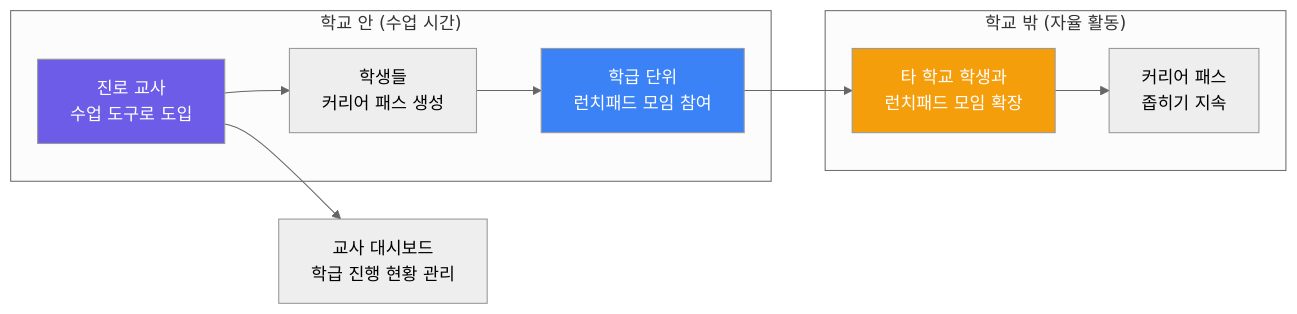
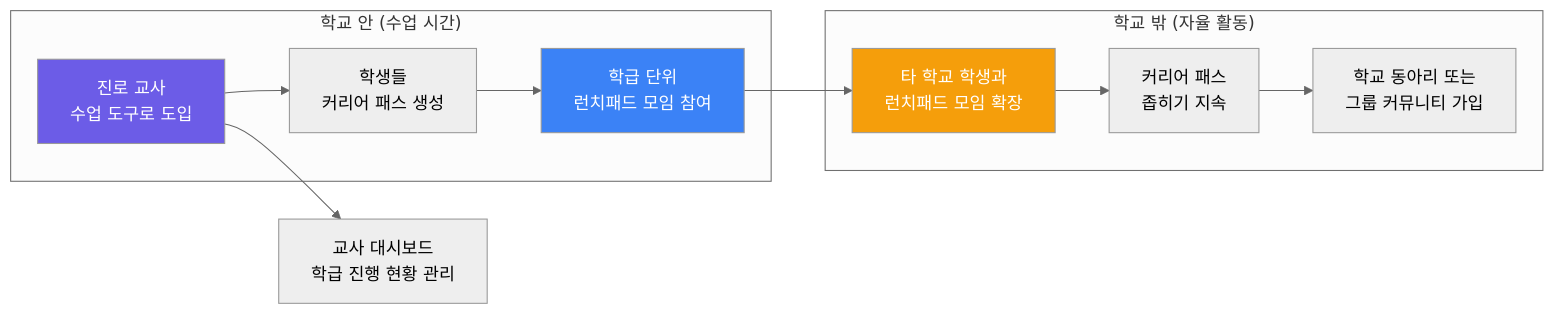
One commit to Collegenie-X/AI-career-path changed the fourth of 7 diagrams in INVESTMENT_PROPOSAL.md. Above: the diagram before and after it, drawn with Mermaid (neutral theme). The commit also changed other lines of this file and 12 other files, not shown here.

````diff
--- a/INVESTMENT_PROPOSAL.md
+++ b/INVESTMENT_PROPOSAL.md
@@ -281,16 +281,17 @@
 ```mermaid
 graph LR
     subgraph "학교 안 (수업 시간)"
         T["진로 교사<br/>수업 도구로 도입"] --> S1["학생들<br/>커리어 패스 생성"]
         S1 --> S2["학급 단위<br/>런치패드 모임 참여"]
     end
     subgraph "학교 밖 (자율 활동)"
         S2 --> S3["타 학교 학생과<br/>런치패드 모임 확장"]
         S3 --> S4["커리어 패스<br/>좁히기 지속"]
+        S4 --> S5["학교 동아리 또는<br/>그룹 커뮤니티 가입"]
     end
     T --> DASH["교사 대시보드<br/>학급 진행 현황 관리"]
 
     style T fill:#6C5CE7,color:#fff
     style S2 fill:#3B82F6,color:#fff
     style S3 fill:#F59E0B,color:#fff
 ```
````
